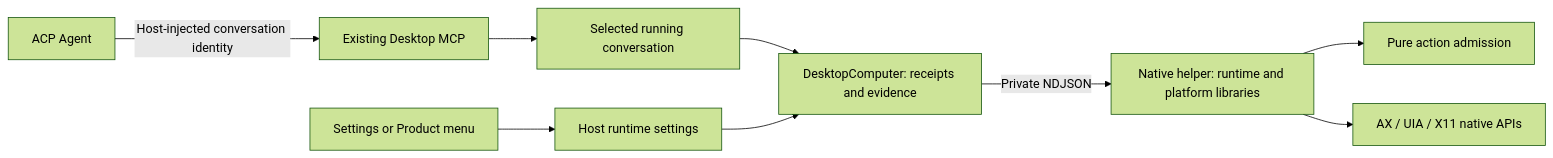
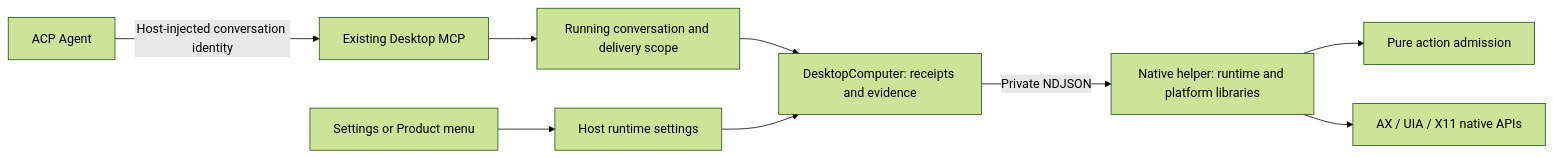
The diagram in docs/adr/0016-computer-use-contract.md (phodal/pero), drawn with Mermaid (forest theme) before and after one commit. The commit also changed other lines of this file and 16 other files, not shown here.

````diff
--- a/docs/adr/0016-computer-use-contract.md
+++ b/docs/adr/0016-computer-use-contract.md
@@ -139,11 +139,11 @@
 ```mermaid
 flowchart LR
   Agent[ACP Agent] -->|Host-injected conversation identity| MCP[Existing Desktop MCP]
-  MCP --> Authority[Selected running conversation]
+  MCP --> Authority[Running conversation and delivery scope]
   Authority --> Desktop[DesktopComputer: receipts and evidence]
   Desktop -->|Private NDJSON| Native[Native helper: runtime and platform libraries]
   Native --> Core[Pure action admission]
   Native --> OS[AX / UIA / X11 native APIs]
   Settings[Settings or Product menu] --> Host[Host runtime settings]
   Host --> Desktop
 ```
````
